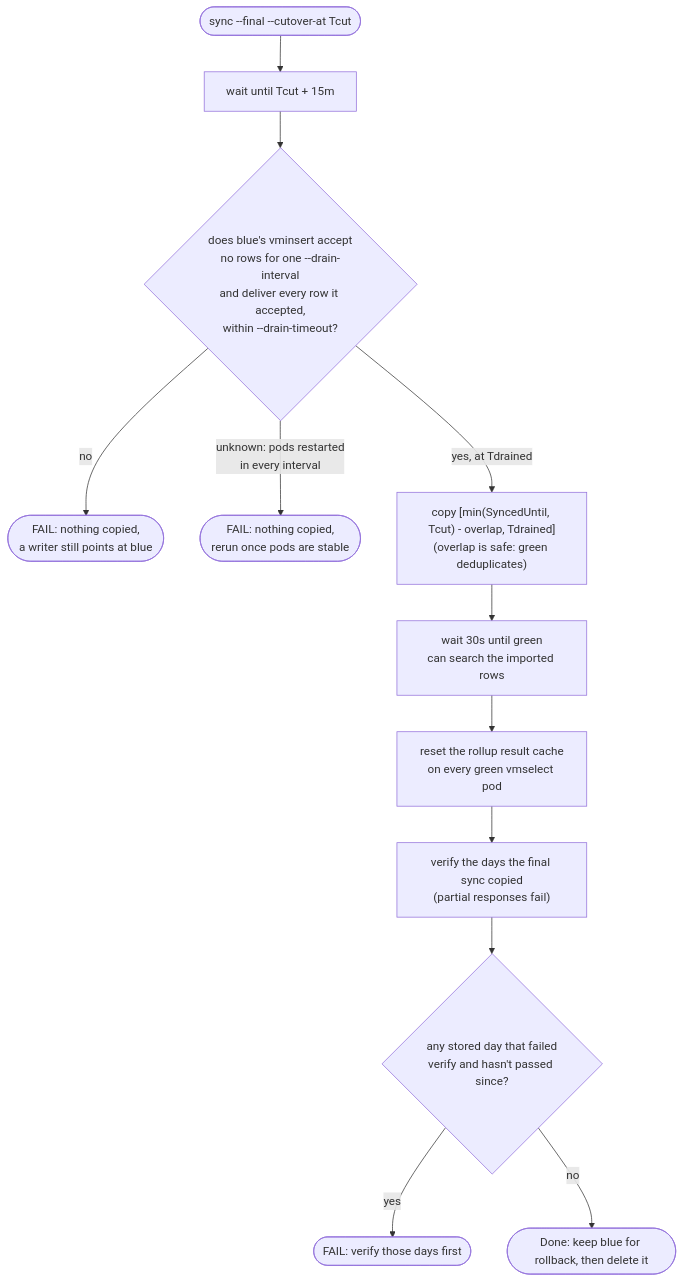
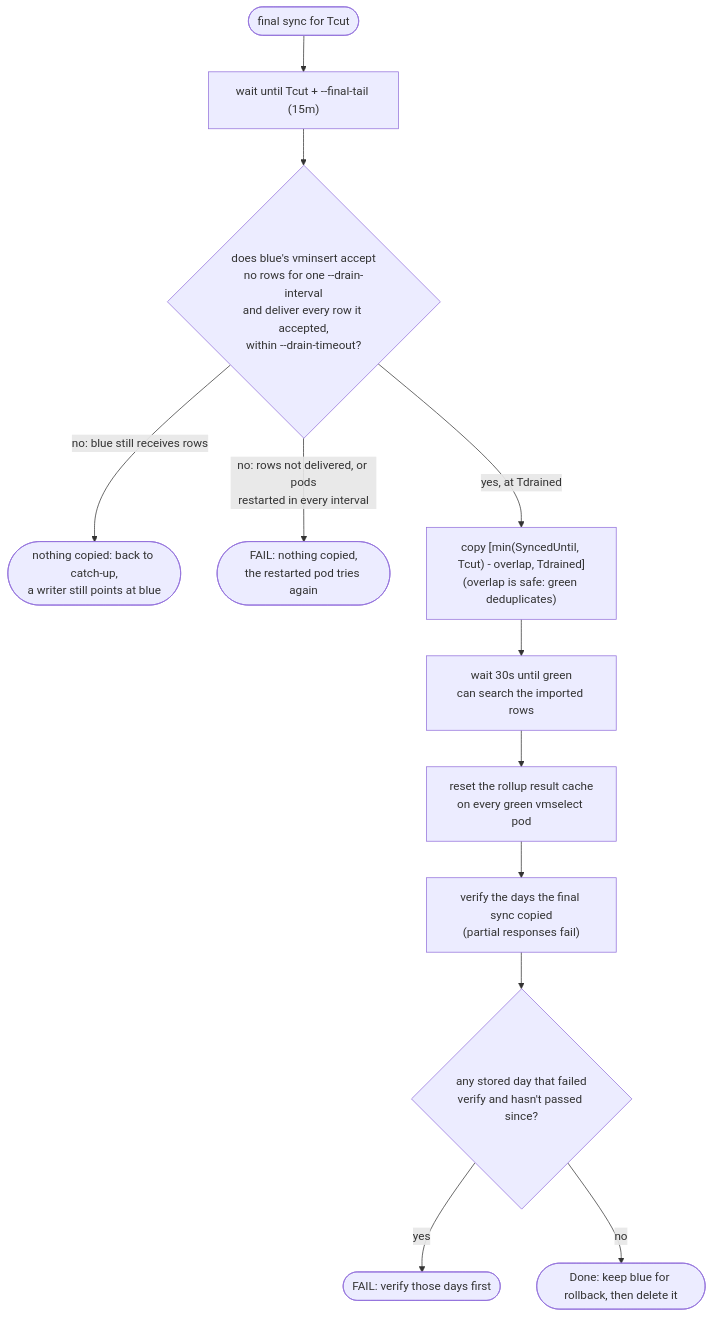
The fifth of 6 diagrams in docs/architecture.md (kokuwaio/victoriametrics-rebalance), drawn with Mermaid before and after one commit. The commit also changed other lines of this file and 38 other files, not shown here.

````diff
--- a/docs/architecture.md
+++ b/docs/architecture.md
@@ -183,14 +223,14 @@
 ```mermaid
 flowchart TD
-    start(["sync --final --cutover-at Tcut"]) --> wait["wait until Tcut + 15m"]
+    start(["final sync for Tcut"]) --> wait["wait until Tcut + --final-tail (15m)"]
     wait --> drain{"does blue's vminsert accept<br/>no rows for one --drain-interval<br/>and deliver every row it accepted,<br/>within --drain-timeout?"}
-    drain -- "no" --> fail(["FAIL: nothing copied,<br/>a writer still points at blue"])
-    drain -- "unknown: pods restarted<br/>in every interval" --> unknown(["FAIL: nothing copied,<br/>rerun once pods are stable"])
+    drain -- "no: blue still receives rows" --> catchup(["nothing copied: back to catch-up,<br/>a writer still points at blue"])
+    drain -- "no: rows not delivered, or pods<br/>restarted in every interval" --> fail(["FAIL: nothing copied,<br/>the restarted pod tries again"])
     drain -- "yes, at Tdrained" --> copy["copy [min(SyncedUntil, Tcut) - overlap, Tdrained]<br/>(overlap is safe: green deduplicates)"]
     copy --> settle["wait 30s until green<br/>can search the imported rows"]
     settle --> reset["reset the rollup result cache<br/>on every green vmselect pod"]
     reset --> verify["verify the days the final sync copied<br/>(partial responses fail)"]
     verify --> earlier{"any stored day that failed<br/>verify and hasn't passed since?"}
     earlier -- "yes" --> again(["FAIL: verify those days first"])
     earlier -- "no" --> ok(["Done: keep blue for rollback, then delete it"])
 ```
````
